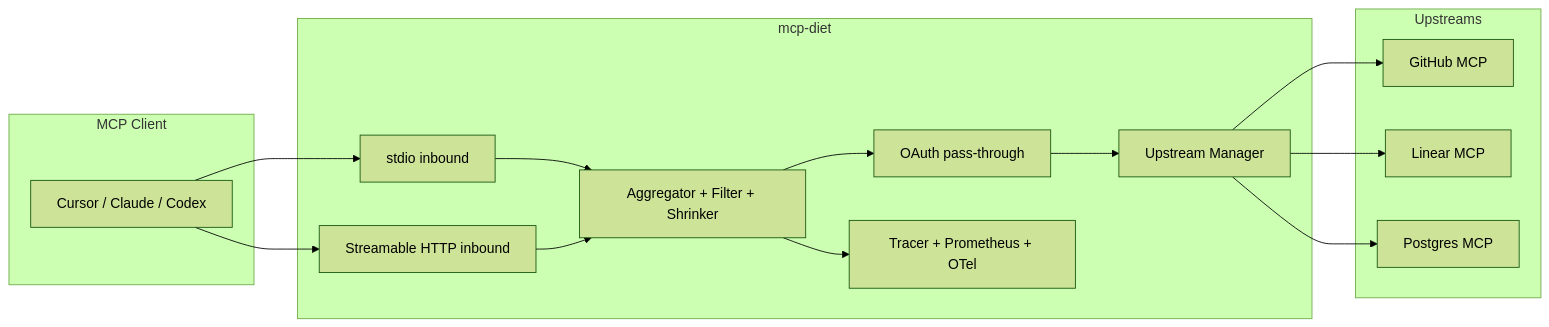
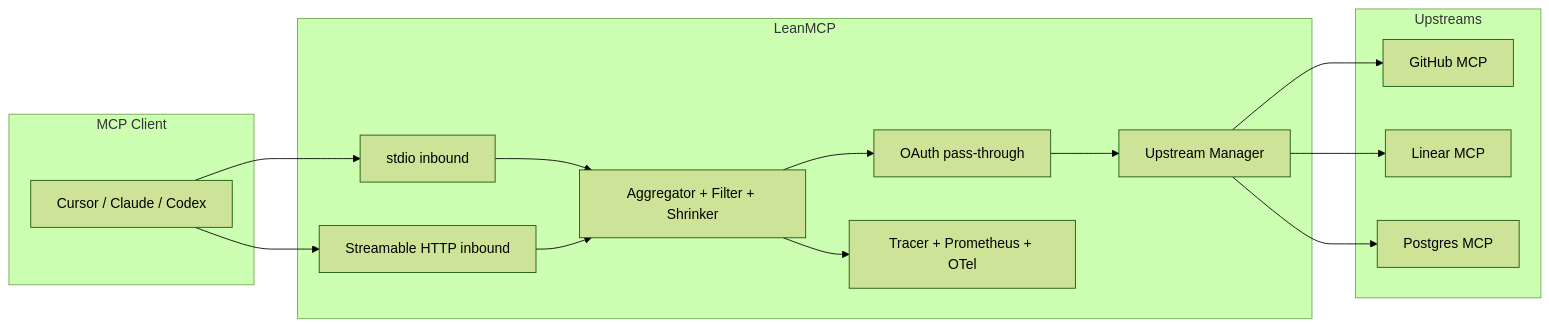
One commit to false200/Tooltrim changed the diagram in README.md. Above: the diagram before and after it, drawn with Mermaid (forest theme). The commit also changed other lines of this file and 48 other files, not shown here.

Commit message:
Rebrand to LeanMCP (leanmcp package, CLI, config, metrics, Docker)

````diff
--- a/README.md
+++ b/README.md
@@ -215,29 +216,29 @@
 ```mermaid
 flowchart LR
   subgraph Client[MCP Client]
     C[Cursor / Claude / Codex]
   end
-  subgraph Proxy[mcp-diet]
+  subgraph Proxy[LeanMCP]
     IN1[stdio inbound]
     IN2[Streamable HTTP inbound]
     CORE[Aggregator + Filter + Shrinker]
     POL[OAuth pass-through]
     OBS[Tracer + Prometheus + OTel]
     OUT[Upstream Manager]
   end
   subgraph Up[Upstreams]
     U1[GitHub MCP]
     U2[Linear MCP]
     U3[Postgres MCP]
   end
   C --> IN1
   C --> IN2
   IN1 --> CORE
   IN2 --> CORE
   CORE --> POL
   POL --> OUT
   CORE --> OBS
   OUT --> U1
   OUT --> U2
   OUT --> U3
 ```
````
